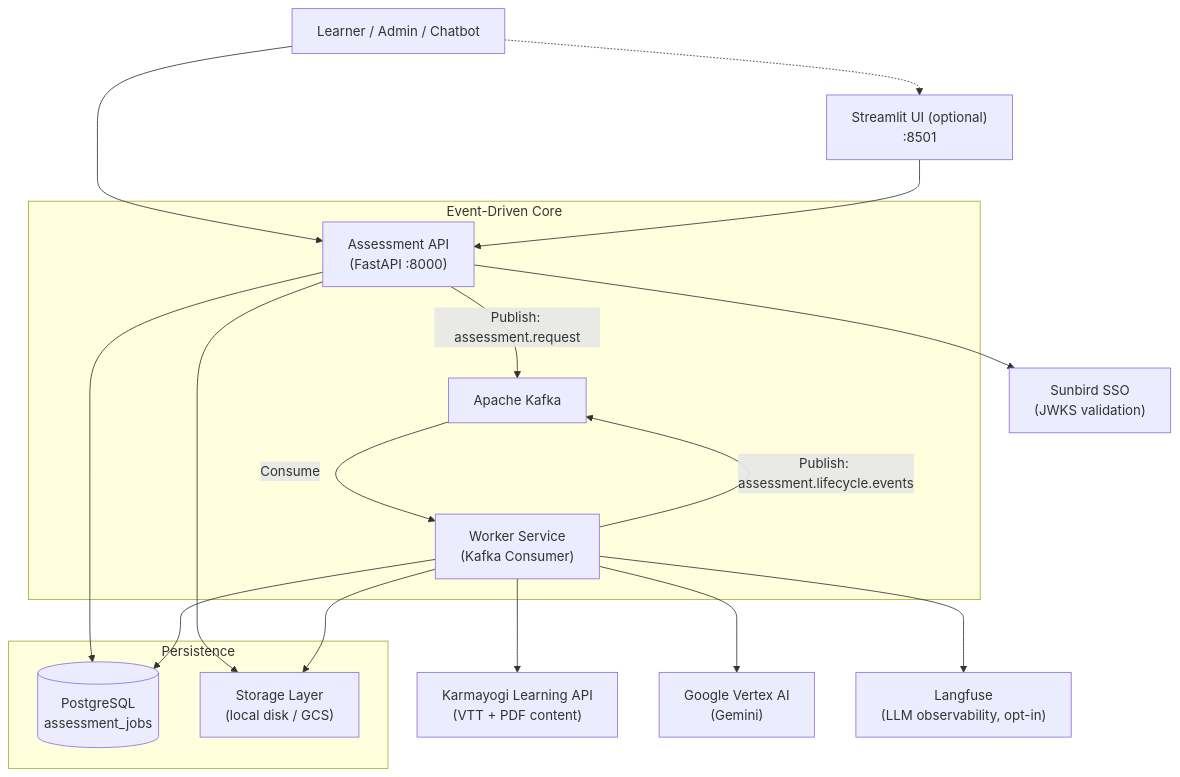
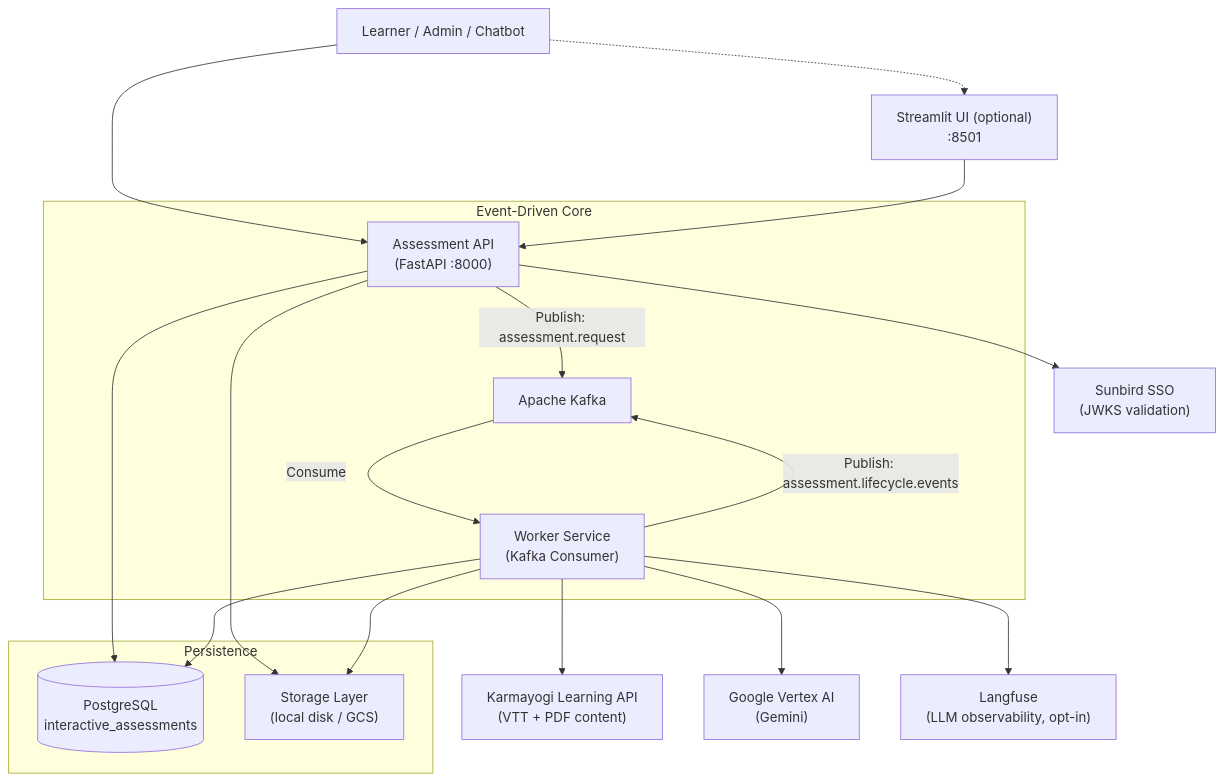
The first of 2 diagrams in architecture.md (RithikaTarento/ai-assessment-service), drawn with Mermaid before and after one commit. The commit also changed other lines of this file and 1 other file, not shown here.

Commit message:
updated readme and architecture files

````diff
--- a/architecture.md
+++ b/architecture.md
@@ -11,22 +11,22 @@
 ```mermaid
 graph TD
     User["Learner / Admin / Chatbot"] --> API["Assessment API<br/>(FastAPI :8000)"]
     User -.-> UI["Streamlit UI (optional)<br/>:8501"]
     UI --> API
 
     subgraph "Event-Driven Core"
         API -- "Publish: assessment.request" --> Kafka["Apache Kafka"]
         Kafka -- "Consume" --> Worker["Worker Service<br/>(Kafka Consumer)"]
         Worker -- "Publish: assessment.lifecycle.events" --> Kafka
     end
 
     subgraph "Persistence"
-        API & Worker --> DB[("PostgreSQL<br/>assessment_jobs")]
+        API & Worker --> DB[("PostgreSQL<br/>interactive_assessments")]
         API & Worker --> FileStorage["Storage Layer<br/>(local disk / GCS)"]
     end
 
     API --> IdP["Sunbird SSO<br/>(JWKS validation)"]
     Worker --> LearningAPI["Karmayogi Learning API<br/>(VTT + PDF content)"]
     Worker --> Gemini["Google Vertex AI<br/>(Gemini)"]
     Worker --> Langfuse["Langfuse<br/>(LLM observability, opt-in)"]
 ```
````
